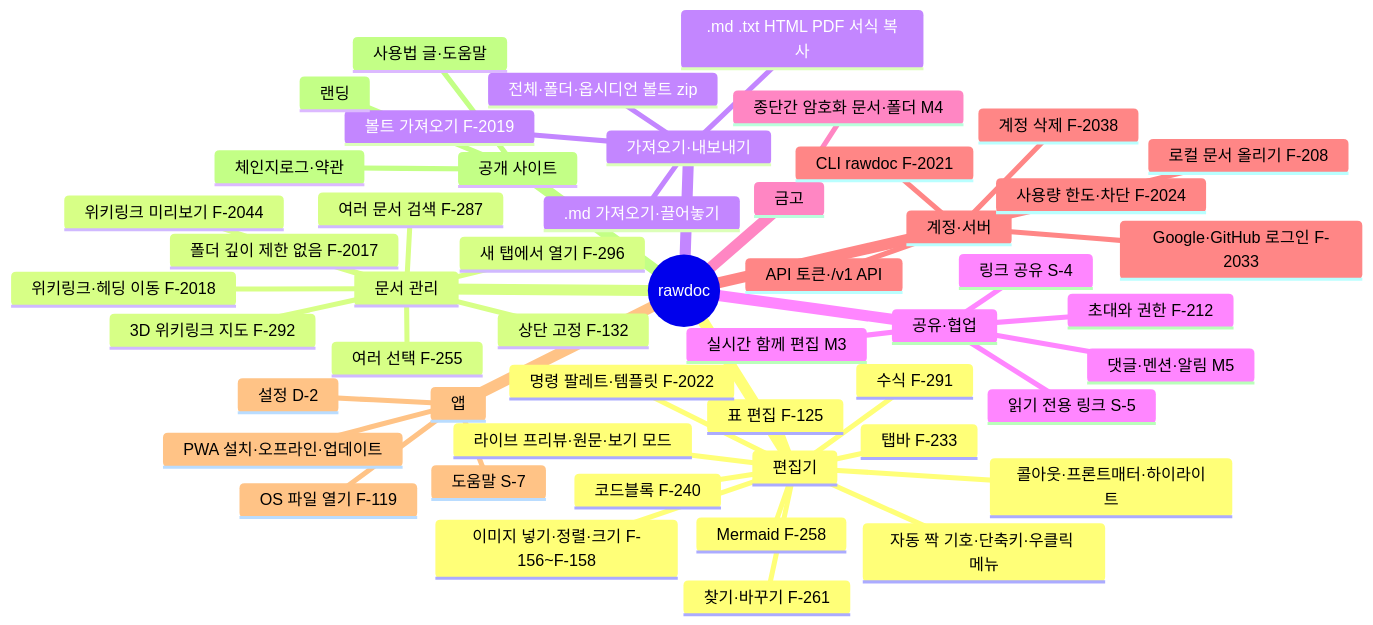
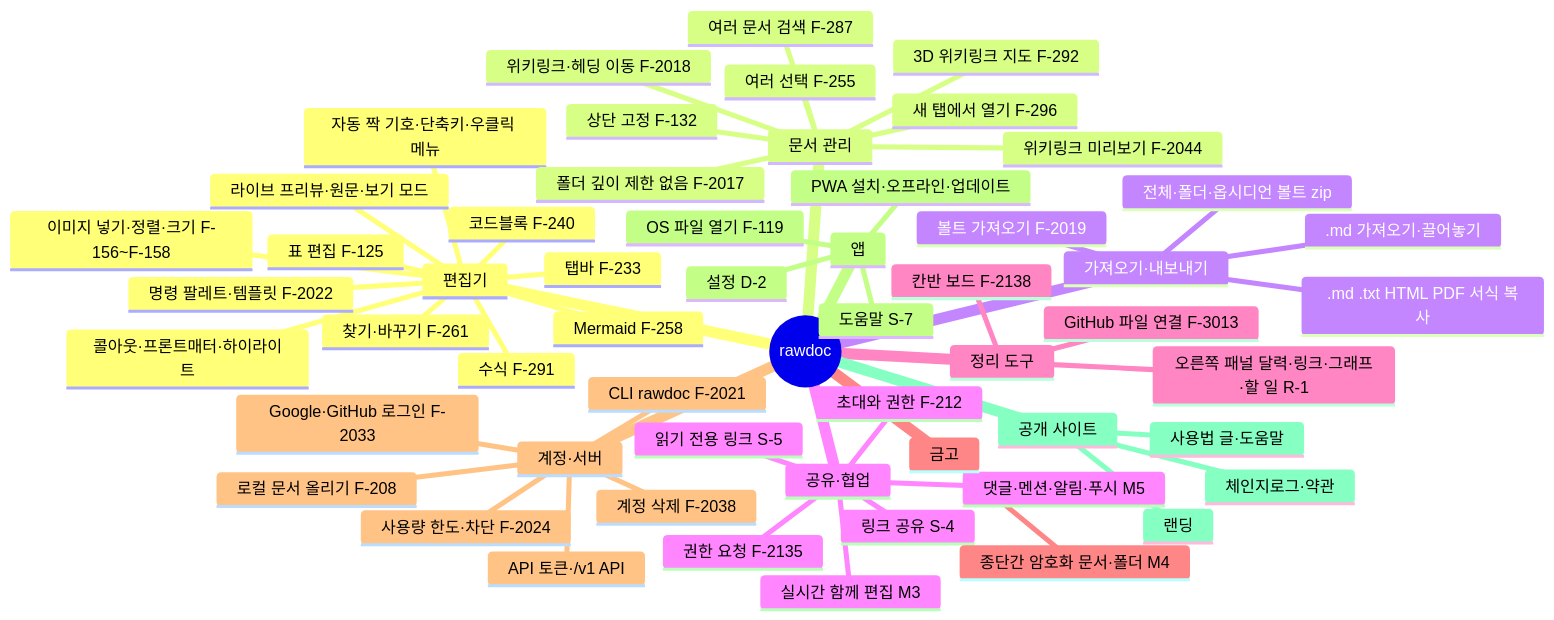
The fifth of 5 diagrams in specs/map.md (R00neyj/rawdoc), drawn with Mermaid before and after one commit. The commit also changed other lines of this file, not shown here.

Commit message:
화면 지도에 GitHub·후원·시작 문서·권한 요청·빈 자리 메뉴 반영

````diff
--- a/specs/map.md
+++ b/specs/map.md
@@ -155,54 +165,59 @@
 ```mermaid
 mindmap
   root((rawdoc))
     편집기
       라이브 프리뷰·원문·보기 모드
       표 편집 F-125
       코드블록 F-240
       수식 F-291
       Mermaid F-258
       이미지 넣기·정렬·크기 F-156~F-158
       콜아웃·프론트매터·하이라이트
       찾기·바꾸기 F-261
       자동 짝 기호·단축키·우클릭 메뉴
       탭바 F-233
       명령 팔레트·템플릿 F-2022
     문서 관리
       폴더 깊이 제한 없음 F-2017
       상단 고정 F-132
       여러 선택 F-255
       위키링크·헤딩 이동 F-2018
       위키링크 미리보기 F-2044
       여러 문서 검색 F-287
       3D 위키링크 지도 F-292
       새 탭에서 열기 F-296
     가져오기·내보내기
       .md 가져오기·끌어놓기
       볼트 가져오기 F-2019
       .md .txt HTML PDF 서식 복사
       전체·폴더·옵시디언 볼트 zip
     공유·협업
       링크 공유 S-4
       읽기 전용 링크 S-5
       초대와 권한 F-212
       실시간 함께 편집 M3
-      댓글·멘션·알림 M5
+      댓글·멘션·알림·푸시 M5
+      권한 요청 F-2135
+    정리 도구
+      칸반 보드 F-2138
+      오른쪽 패널 달력·링크·그래프·할 일 R-1
+      GitHub 파일 연결 F-3013
     금고
       종단간 암호화 문서·폴더 M4
     계정·서버
       Google·GitHub 로그인 F-2033
       로컬 문서 올리기 F-208
       API 토큰·/v1 API
       CLI rawdoc F-2021
       사용량 한도·차단 F-2024
       계정 삭제 F-2038
     앱
       PWA 설치·오프라인·업데이트
       OS 파일 열기 F-119
       설정 D-2
       도움말 S-7
     공개 사이트
       랜딩
       사용법 글·도움말
       체인지로그·약관
 ```
````
